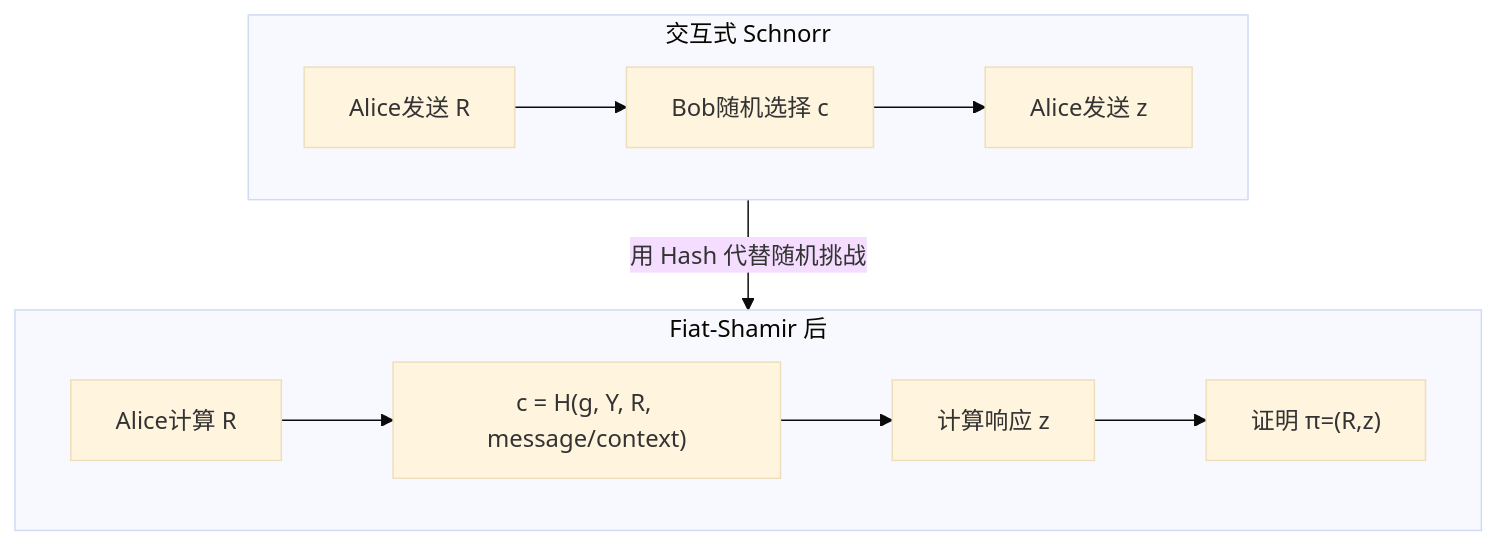
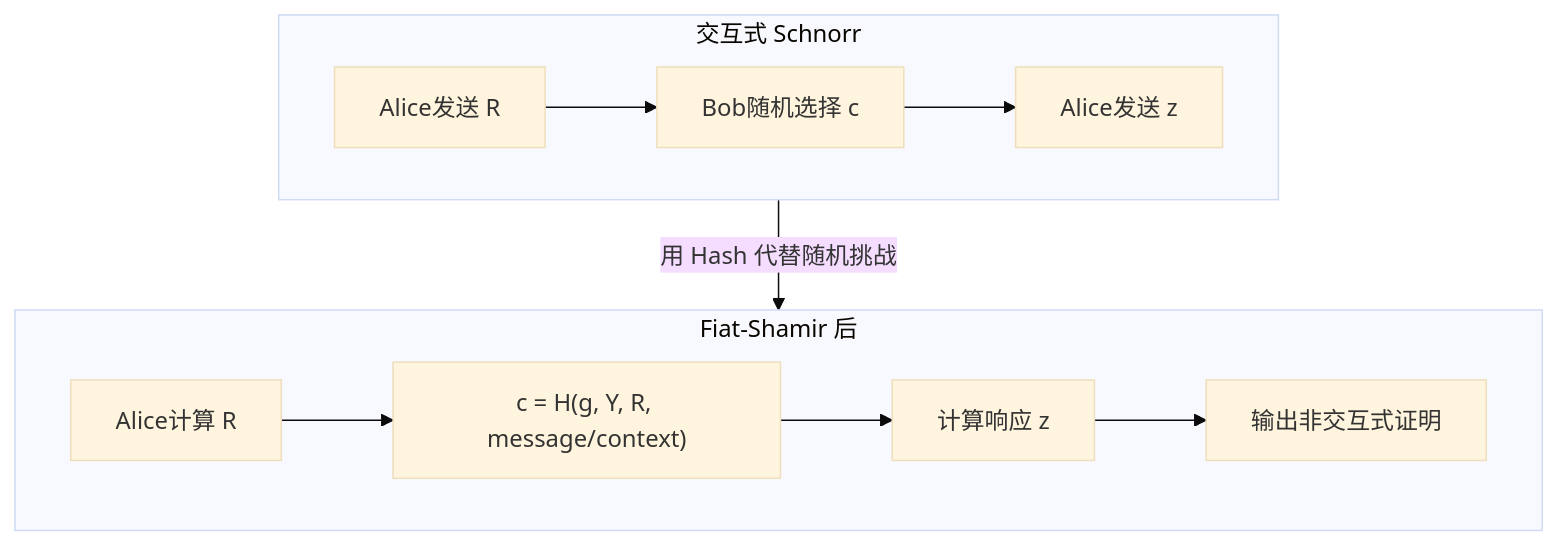
Before and after one commit to 22mouseok-crypto/obsidian-vault: the fifth of 21 diagrams in 大三下/密码协议/密码协议期末复习-Obsidian视觉版.md, drawn with Mermaid (base theme). The commit also changed other lines of this file, not shown here.

````diff
--- a/大三下/密码协议/密码协议期末复习-Obsidian视觉版.md
+++ b/大三下/密码协议/密码协议期末复习-Obsidian视觉版.md
@@ -231,15 +231,15 @@
 ```mermaid
 flowchart TB
     subgraph Interactive[交互式 Schnorr]
       I1[Alice发送 R] --> I2[Bob随机选择 c]
       I2 --> I3[Alice发送 z]
     end
 
     subgraph NonInteractive[Fiat-Shamir 后]
       N1[Alice计算 R] --> N2["c = H(g, Y, R, message/context)"]
       N2 --> N3[计算响应 z]
-      N3 --> N4["证明 π=(R,z)"]
+      N3 --> N4[输出非交互式证明]
     end
 
     Interactive -->|用 Hash 代替随机挑战| NonInteractive
 ```
````
